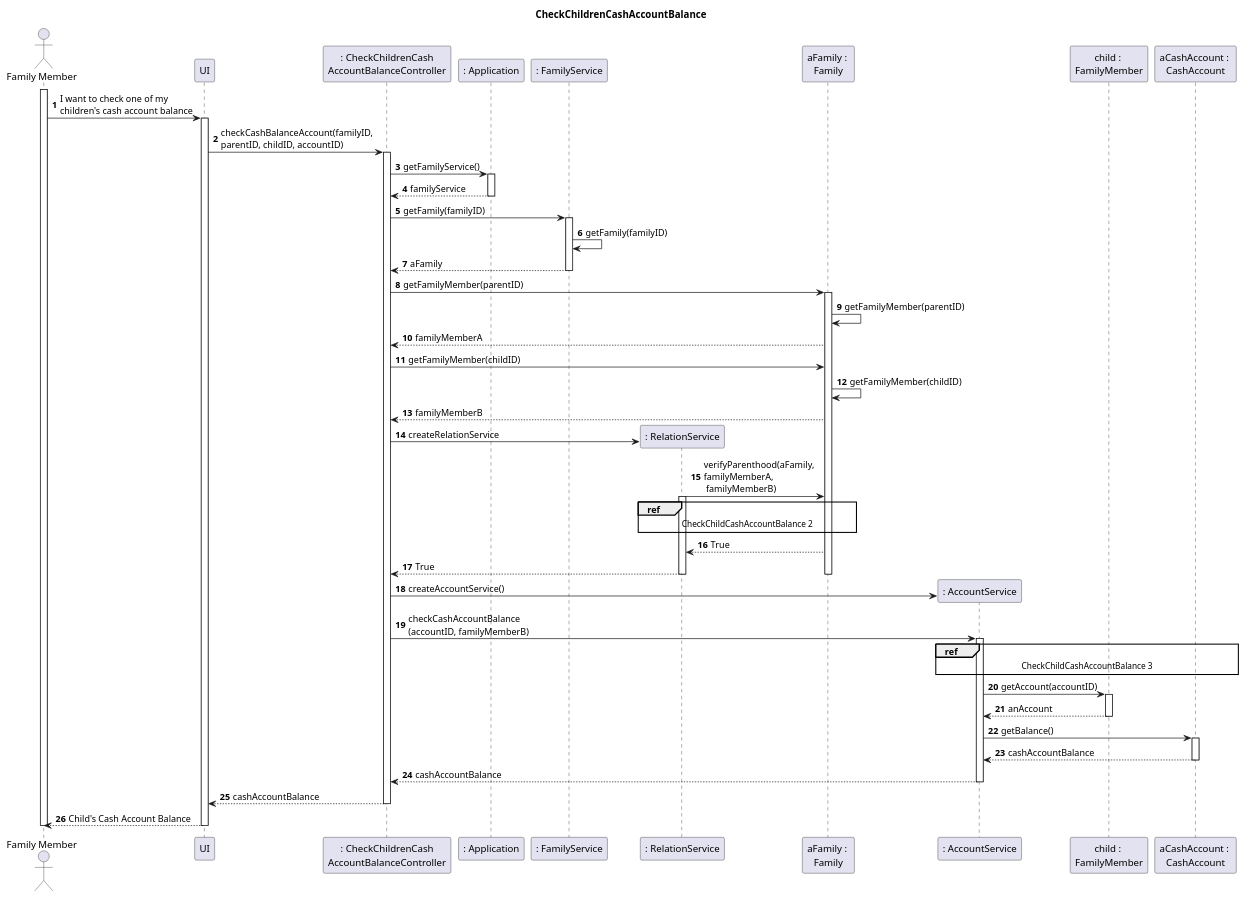
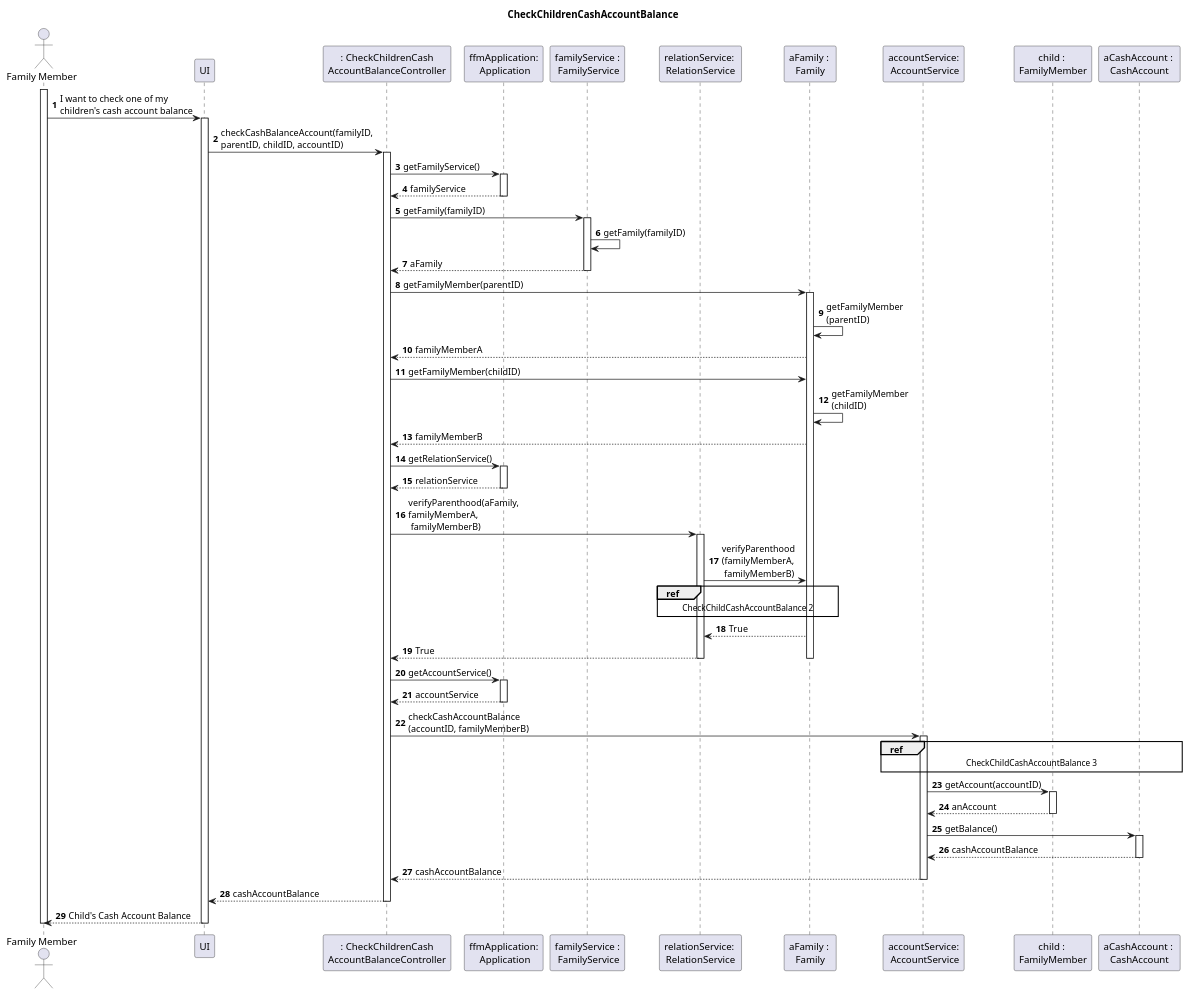
Before and after one commit to tomas-osswald/switch_2020_g3: the second of 5 diagrams in docs/sprint2/user_stories/US188_CheckChildrenCashAccountBalance.md, drawn with PlantUML. The commit also changed other lines of this file, not shown here.

Commit message:
Changes to SD and Class Diagram now with App having all Services

```diff
--- a/docs/sprint2/user_stories/US188_CheckChildrenCashAccountBalance.md
+++ b/docs/sprint2/user_stories/US188_CheckChildrenCashAccountBalance.md
@@ -103,11 +103,11 @@
 actor "Family Member" as FamilyMember
 participant "UI" as UI
 participant ": CheckChildrenCash\nAccountBalanceController" as Controller
-participant ": Application" as App
-participant ": FamilyService" as FamilyService
-participant ": RelationService" as Relation
+participant "ffmApplication:\n Application" as App
+participant "familyService :\n FamilyService" as FamilyService
+participant "relationService: \nRelationService" as Relation
 participant "aFamily : \nFamily" as Family
-participant ": AccountService" as AccountService
+participant "accountService:\n AccountService" as AccountService
 participant "child : \nFamilyMember" as aFamilyMember
 participant "aCashAccount : \nCashAccount" as account
 
@@ -128,14 +128,18 @@
 deactivate FamilyService
 Controller -> Family : getFamilyMember(parentID)
 Activate Family
-Family -> Family : getFamilyMember(parentID)
+Family -> Family : getFamilyMember\n(parentID)
 Family --> Controller : familyMemberA
 Controller -> Family : getFamilyMember(childID)
-Family -> Family : getFamilyMember(childID)
+Family -> Family : getFamilyMember\n(childID)
 Family --> Controller : familyMemberB
-Controller -> Relation **: createRelationService
-Relation -> Family : verifyParenthood(aFamily, \nfamilyMemberA,\n familyMemberB)
+Controller -> App : getRelationService()
+activate App
+App --> Controller : relationService
+deactivate App
+Controller -> Relation : verifyParenthood(aFamily, \nfamilyMemberA,\n familyMemberB)
 activate Relation
+Relation -> Family : verifyParenthood\n(familyMemberA,\n familyMemberB)
 ref over Relation, Family
 CheckChildCashAccountBalance 2
 end ref
@@ -147,7 +151,10 @@
 deactivate Relation
 
 
-Controller -> AccountService ** : createAccountService()
+Controller -> App : getAccountService()
+activate App
+App --> Controller : accountService
+deactivate App
 Controller -> AccountService : checkCashAccountBalance\n(accountID, familyMemberB)
 activate AccountService
 ref over AccountService, aFamilyMember, account
```
